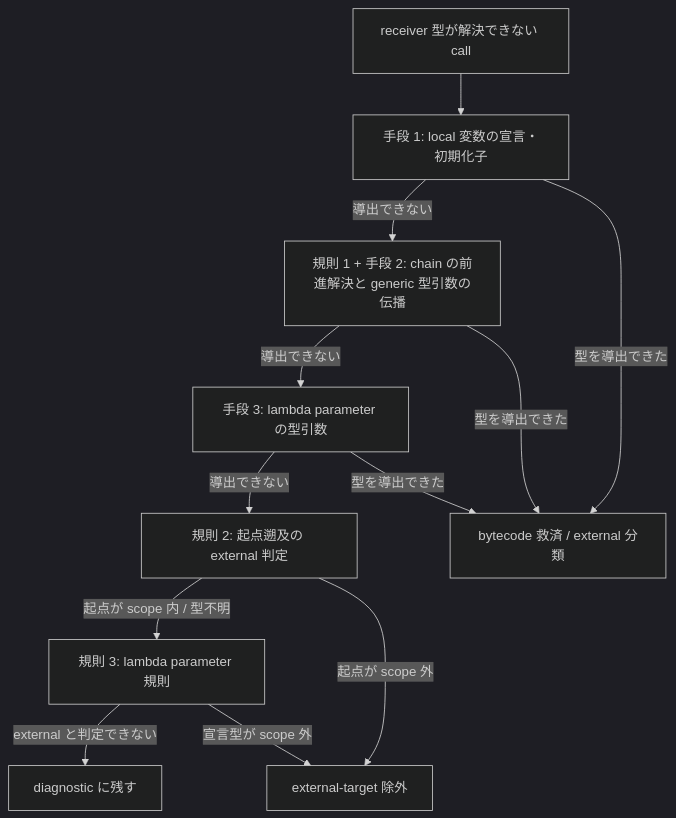
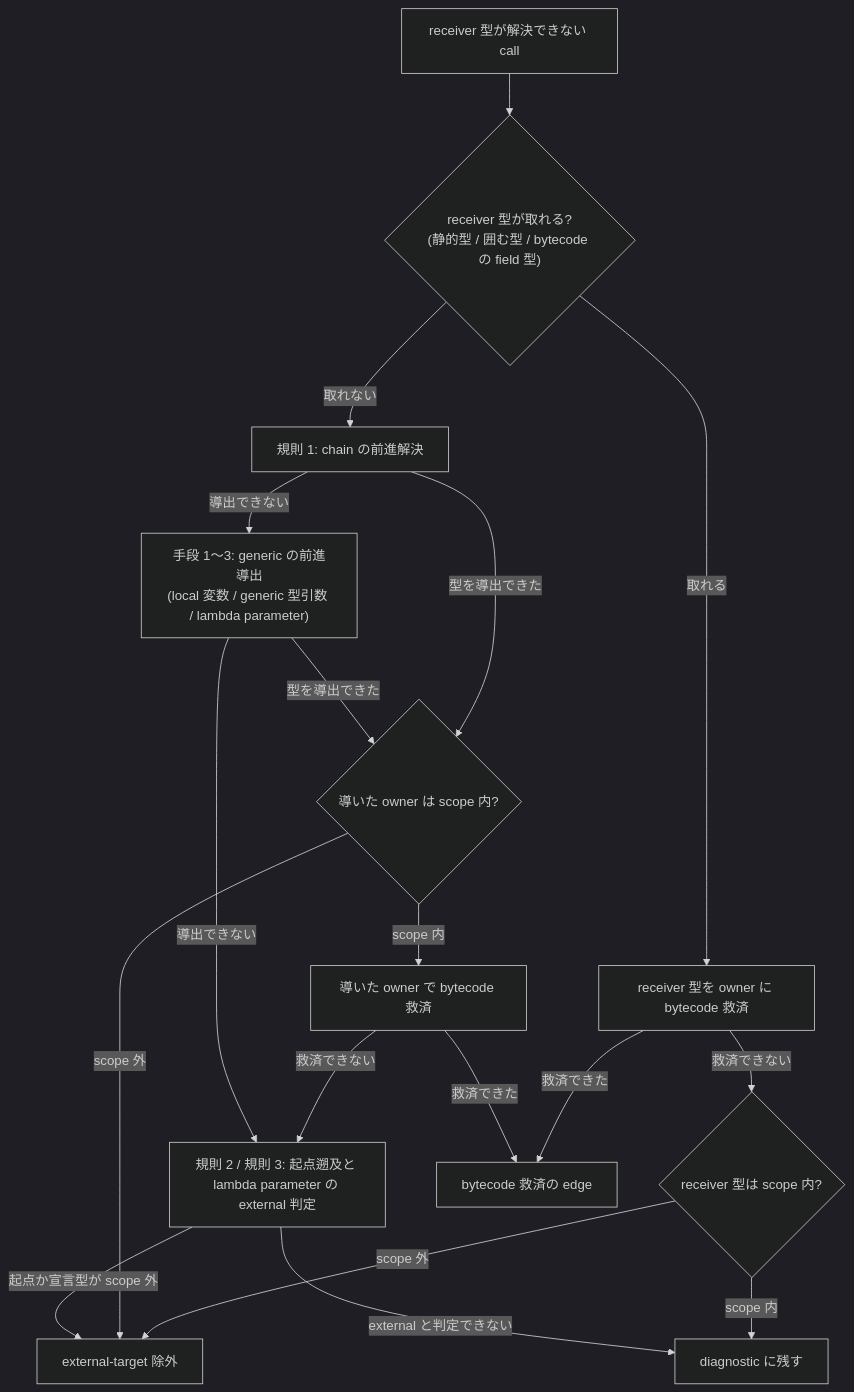
The diagram in analyzers/java/src/main/java/com/fukuemon/depwalk/javaanalyzer/analysis/DesignDoc.md (Fukuemon/depwalk), drawn with Mermaid (dark theme) before and after one commit. The commit also changed other lines of this file and 4 other files, not shown here.

````diff
--- a/analyzers/java/src/main/java/com/fukuemon/depwalk/javaanalyzer/analysis/DesignDoc.md
+++ b/analyzers/java/src/main/java/com/fukuemon/depwalk/javaanalyzer/analysis/DesignDoc.md
@@ -326,15 +345,21 @@
 ```mermaid
 flowchart TD
-    Fail["receiver 型が解決できない call"] --> M1["手段 1: local 変数の宣言・初期化子"]
-    M1 -- "導出できない" --> R1M2["規則 1 + 手段 2: chain の前進解決と generic 型引数の伝播"]
-    R1M2 -- "導出できない" --> M3["手段 3: lambda parameter の型引数"]
-    M3 -- "導出できない" --> R2["規則 2: 起点遡及の external 判定"]
-    R2 -- "起点が scope 内 / 型不明" --> R3["規則 3: lambda parameter 規則"]
-    R3 -- "external と判定できない" --> D["diagnostic に残す"]
+    Fail["receiver 型が解決できない call"] --> Owner{"receiver 型が取れる?<br/>(静的型 / 囲む型 / bytecode の field 型)"}
+    Owner -- "取れる" --> Direct["receiver 型を owner に bytecode 救済"]
+    Direct -- "救済できない" --> OwnerScope{"receiver 型は scope 内?"}
+    OwnerScope -- "scope 外" --> Ext["external-target 除外"]
+    OwnerScope -- "scope 内" --> D["diagnostic に残す"]
+    Owner -- "取れない" --> R1["規則 1: chain の前進解決"]
+    R1 -- "導出できない" --> M123["手段 1〜3: generic の前進導出<br/>(local 変数 / generic 型引数 / lambda parameter)"]
+    R1 -- "型を導出できた" --> Forward{"導いた owner は scope 内?"}
+    M123 -- "型を導出できた" --> Forward
+    Forward -- "scope 外" --> Ext
+    Forward -- "scope 内" --> ForwardRescue["導いた owner で bytecode 救済"]
+    ForwardRescue -- "救済できない" --> R23
+    M123 -- "導出できない" --> R23["規則 2 / 規則 3: 起点遡及と lambda parameter の external 判定"]
+    R23 -- "起点か宣言型が scope 外" --> Ext
+    R23 -- "external と判定できない" --> D
 
-    M1 -- "型を導出できた" --> Rescue["bytecode 救済 / external 分類"]
-    R1M2 -- "型を導出できた" --> Rescue
-    M3 -- "型を導出できた" --> Rescue
-    R2 -- "起点が scope 外" --> Ext["external-target 除外"]
-    R3 -- "宣言型が scope 外" --> Ext
+    Direct -- "救済できた" --> Rescue["bytecode 救済の edge"]
+    ForwardRescue -- "救済できた" --> Rescue
 ```
````
